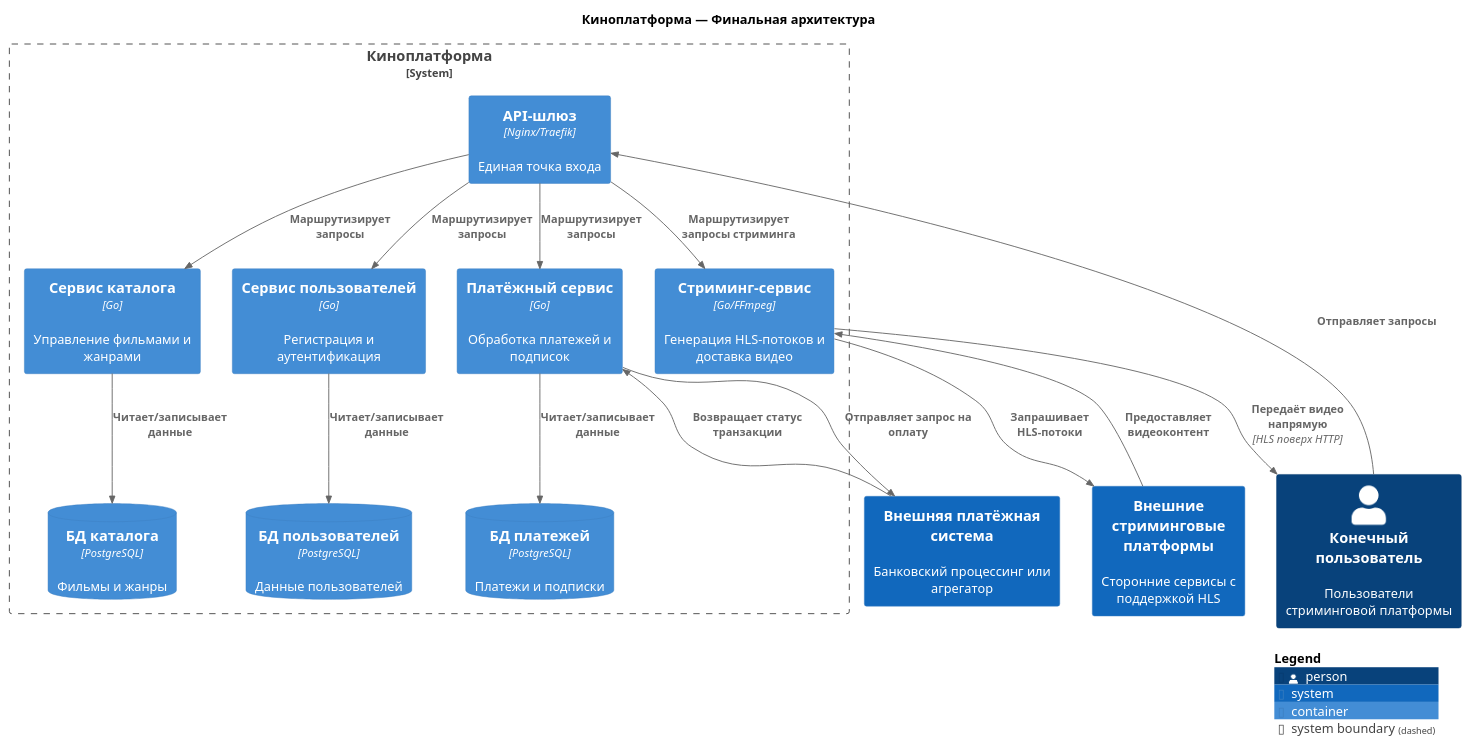
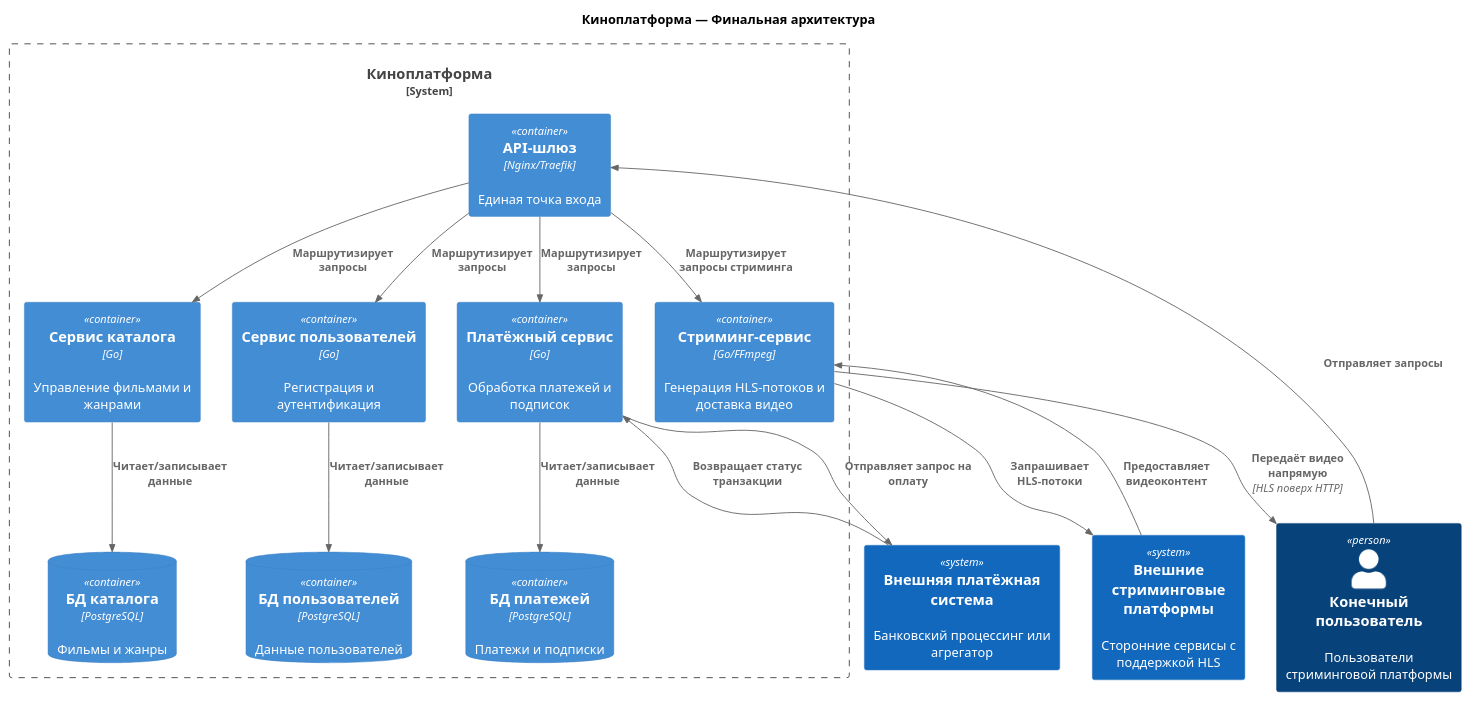
One commit to szolotarev82/architecture-cinemaabyss changed the diagram in arch/c4.puml. Above: the diagram before and after it, drawn with PlantUML. The commit also changed 13 other files, not shown here.

```diff
--- a/arch/c4.puml
+++ b/arch/c4.puml
@@ -1,49 +1,47 @@
-@startuml C4-Containers-Final-Streaming-RU
+@startuml C4-Containers
 !include <C4/C4_Container>
 
 
 title Киноплатформа — Финальная архитектура
 
 
 Person(user, "Конечный пользователь", "Пользователи стриминговой платформы")
 
 
 System(external_streaming, "Внешние стриминговые платформы", "Сторонние сервисы с поддержкой HLS")
 System(payment_gateway, "Внешняя платёжная система", "Банковский процессинг или агрегатор")
 
 
 System_Boundary(cinema_platform, "Киноплатформа") {
   Container(api_gateway, "API‑шлюз", "Nginx/Traefik", "Единая точка входа")
   Container(user_service, "Сервис пользователей", "Go", "Регистрация и аутентификация")
   Container(catalog_service, "Сервис каталога", "Go", "Управление фильмами и жанрами")
   Container(billing_service, "Платёжный сервис", "Go", "Обработка платежей и подписок")
   Container(streaming_service, "Стриминг‑сервис", "Go/FFmpeg", "Генерация HLS‑потоков и доставка видео")
 
 
   ContainerDb(user_db, "БД пользователей", "PostgreSQL", "Данные пользователей")
   ContainerDb(catalog_db, "БД каталога", "PostgreSQL", "Фильмы и жанры")
   ContainerDb(billing_db, "БД платежей", "PostgreSQL", "Платежи и подписки")
 }
 
 
 Rel(user, api_gateway, "Отправляет запросы")
 
 Rel(api_gateway, user_service, "Маршрутизирует запросы")
 Rel(api_gateway, catalog_service, "Маршрутизирует запросы")
 Rel(api_gateway, billing_service, "Маршрутизирует запросы")
 Rel(api_gateway, streaming_service, "Маршрутизирует запросы стриминга")
 
 Rel(user_service, user_db, "Читает/записывает данные")
 Rel(catalog_service, catalog_db, "Читает/записывает данные")
 Rel(billing_service, billing_db, "Читает/записывает данные")
 
 Rel(streaming_service, external_streaming, "Запрашивает HLS‑потоки")
 Rel(external_streaming, streaming_service, "Предоставляет видеоконтент")
 
 Rel(billing_service, payment_gateway, "Отправляет запрос на оплату")
 Rel(payment_gateway, billing_service, "Возвращает статус транзакции")
 
 Rel(streaming_service, user, "Передаёт видео напрямую", "HLS поверх HTTP")
-
-SHOW_LEGEND()
 @enduml
```
